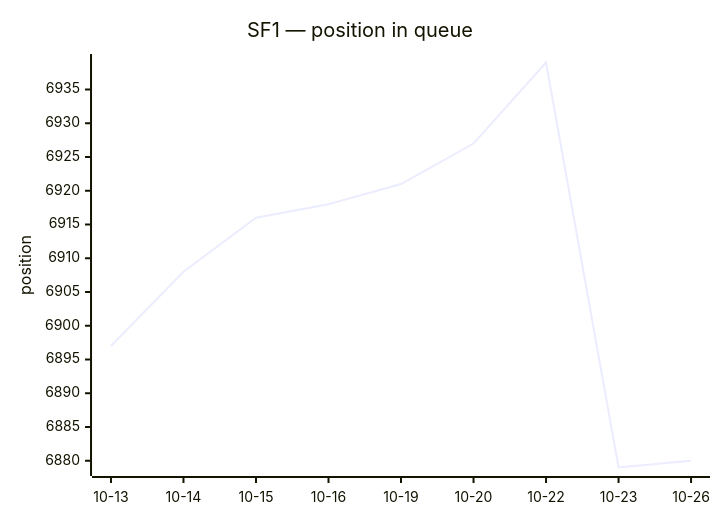
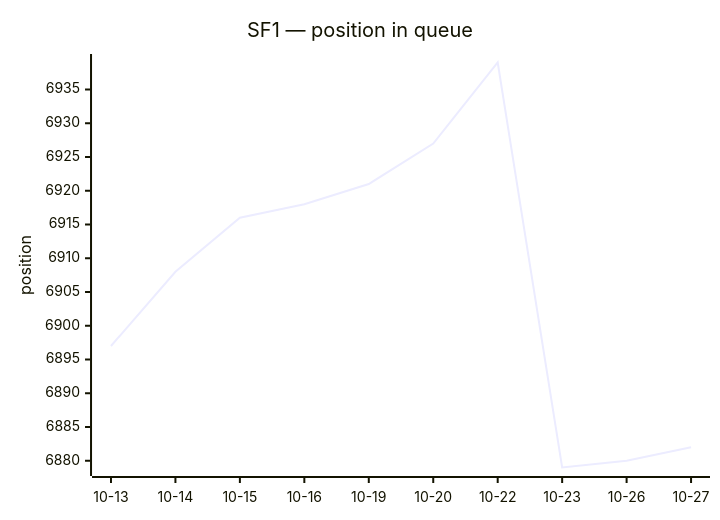
One commit to thyarles/thyarles changed the first of 2 diagrams in queue/README.md. Above: the diagram before and after it, drawn with Mermaid. The commit also changed other lines of this file and 2 other files, not shown here.

````diff
--- a/queue/README.md
+++ b/queue/README.md
@@ -20,7 +20,7 @@
 ```mermaid
 xychart-beta
   title "SF1 — position in queue"
-  x-axis ["10-13", "10-14", "10-15", "10-16", "10-19", "10-20", "10-22", "10-23", "10-26"]
+  x-axis ["10-13", "10-14", "10-15", "10-16", "10-19", "10-20", "10-22", "10-23", "10-26", "10-27"]
   y-axis "position"
-  line [6897, 6908, 6916, 6918, 6921, 6927, 6939, 6879, 6880]
+  line [6897, 6908, 6916, 6918, 6921, 6927, 6939, 6879, 6880, 6882]
 ```
````
